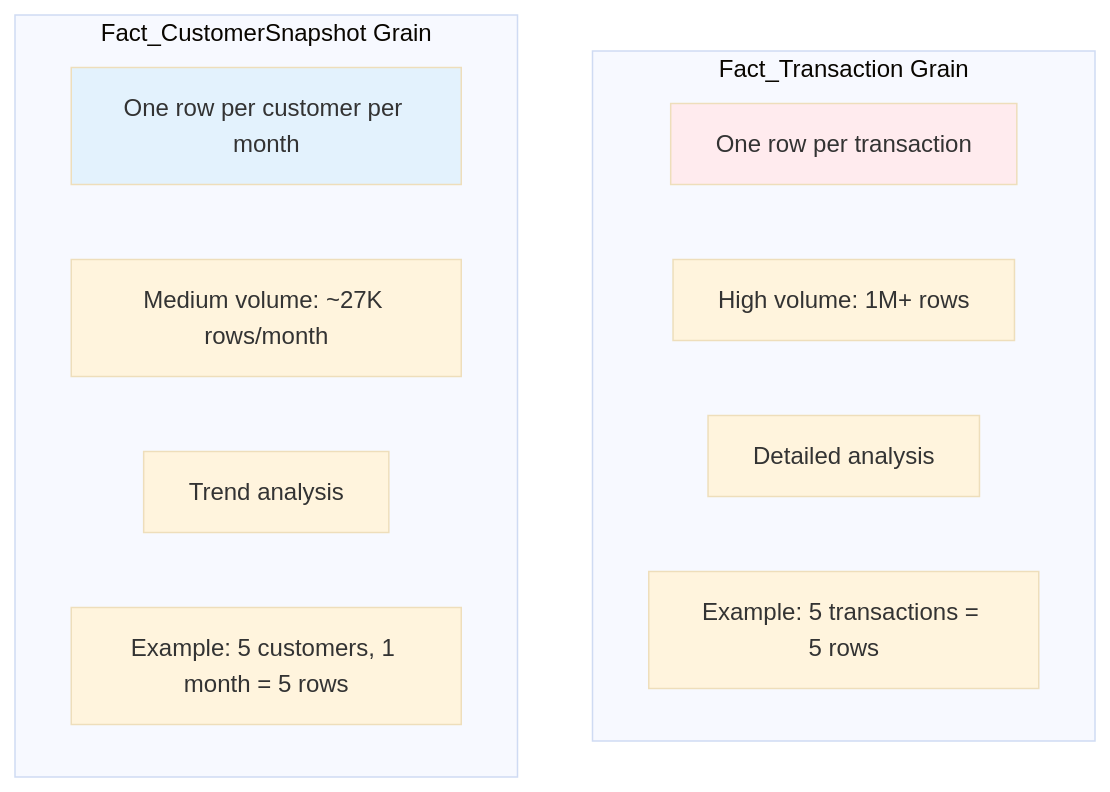
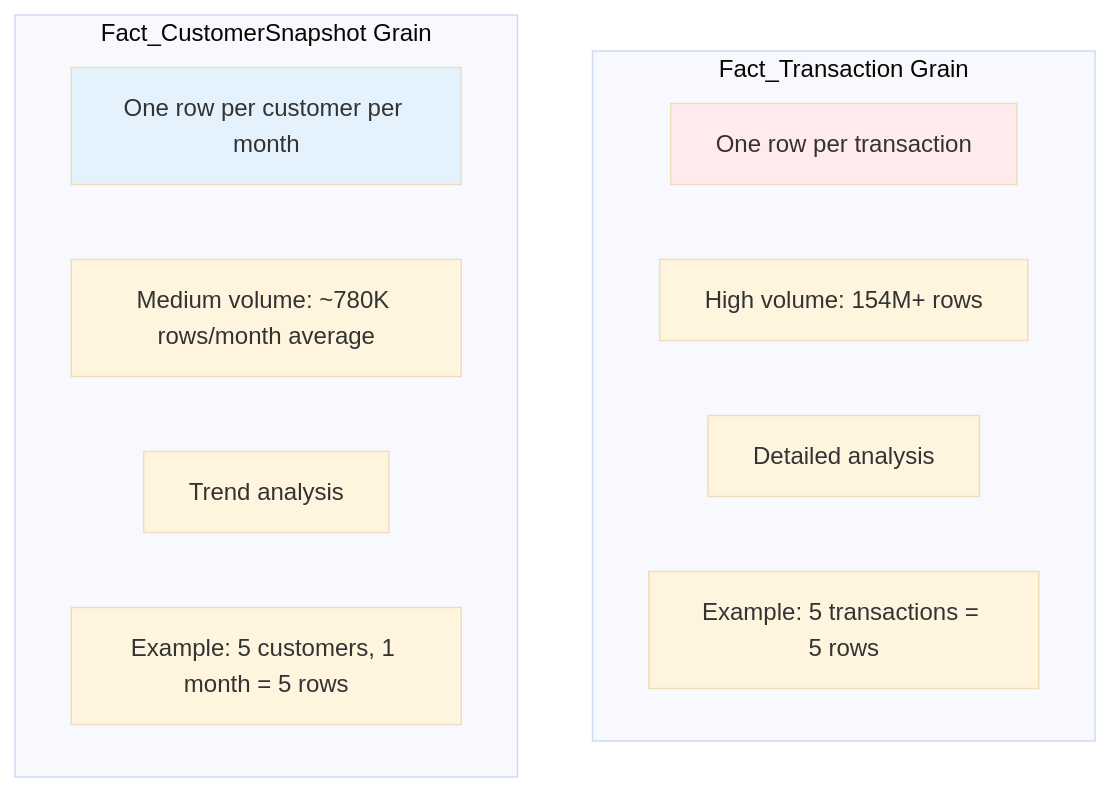
The fourth of 8 diagrams in 03-Data-Modeling/ER-Diagram.md (SoheilTavakkol/Banking-Loyalty-Churn-Analytics), drawn with Mermaid (base theme) before and after one commit. The commit also changed other lines of this file, not shown here.

````diff
--- a/03-Data-Modeling/ER-Diagram.md
+++ b/03-Data-Modeling/ER-Diagram.md
@@ -274,19 +274,19 @@
 ```mermaid
 graph TD
     subgraph "Fact_Transaction Grain"
         FT1[One row per transaction]
-        FT2[High volume: 1M+ rows]
+        FT2[High volume: 154M+ rows]
         FT3[Detailed analysis]
         FT4[Example: 5 transactions = 5 rows]
     end
     
     subgraph "Fact_CustomerSnapshot Grain"
         FS1[One row per customer per month]
-        FS2[Medium volume: ~27K rows/month]
+        FS2[Medium volume: ~780K rows/month average]
         FS3[Trend analysis]
         FS4[Example: 5 customers, 1 month = 5 rows]
     end
     
     style FT1 fill:#ffebee
     style FS1 fill:#e3f2fd
 ```
````
